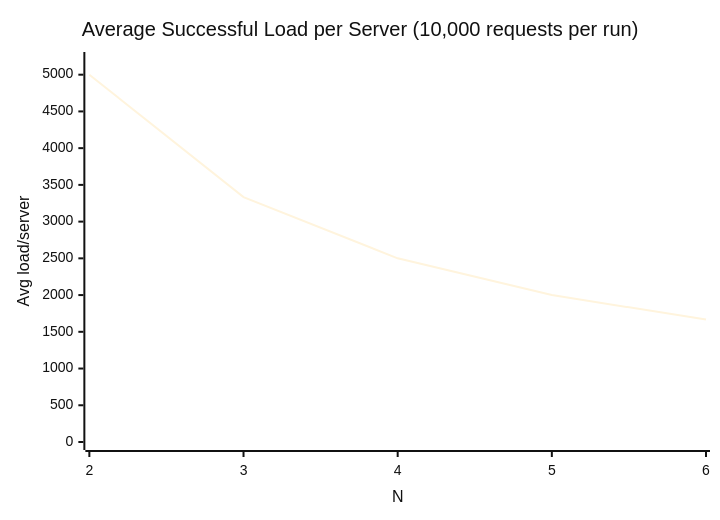
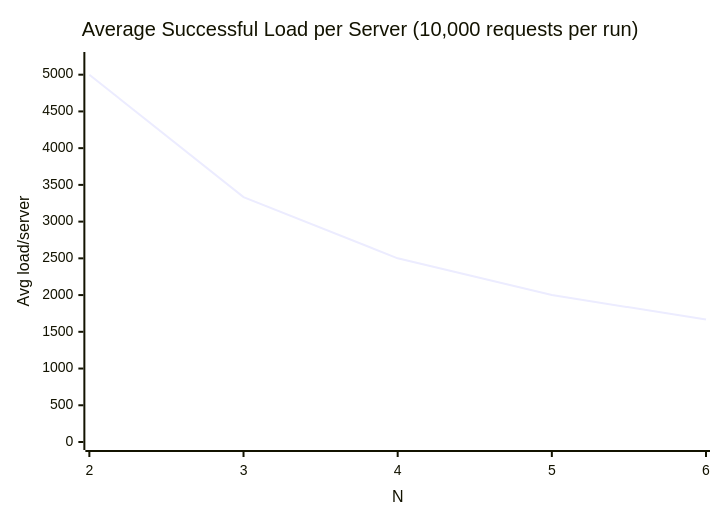
The third of 4 diagrams in README.md (AmyMugeni/LoadBalancer), drawn with Mermaid before and after one commit. The commit also changed other lines of this file, not shown here.

````diff
--- a/README.md
+++ b/README.md
@@ -402,8 +400,7 @@
 ```mermaid
-%%{init: {'theme': 'base', 'themeVariables': { 'background': '#FFFFFF', 'primaryColor': '#0a2f7a', 'primaryBorderColor': '#07265f', 'primaryTextColor': '#111111', 'lineColor': '#0a2f7a', 'fontSize': '16px' }}}%%
 xychart-beta
   title "Average Successful Load per Server (10,000 requests per run)"
   x-axis "N" [2, 3, 4, 5, 6]
   y-axis "Avg load/server" 0 --> 5200
   line [5000, 3333.33, 2500, 2000, 1666.67]
 ```
````
